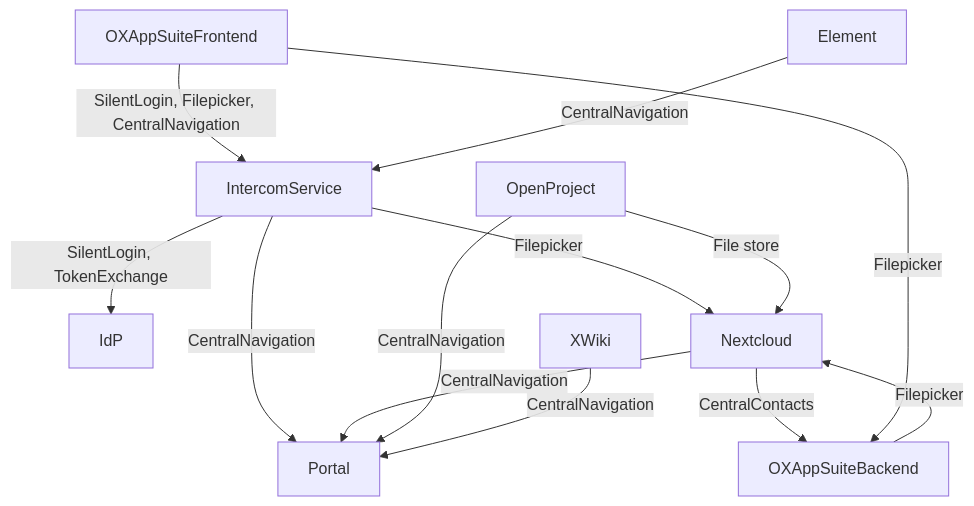
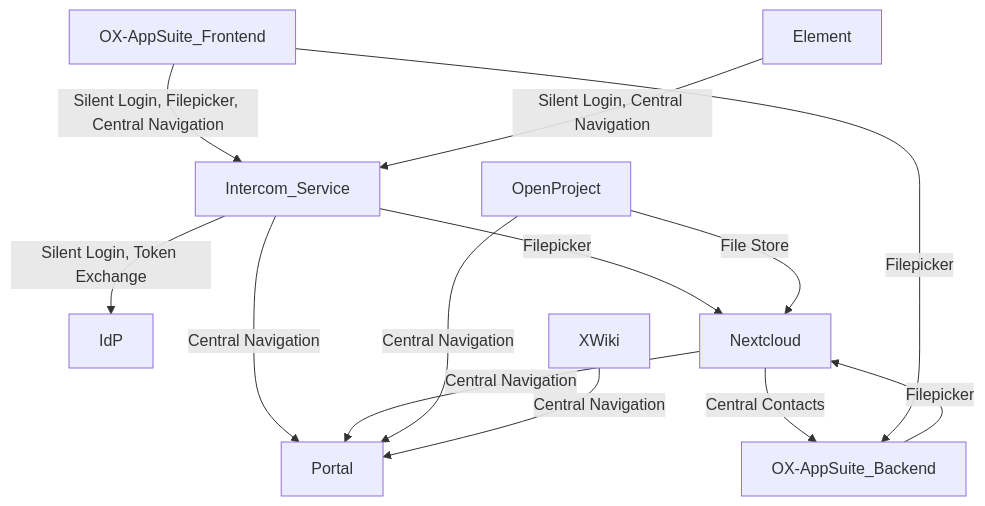
Before and after one commit to tobias-weiss-ai-xr/opendesk-edu: the first of 2 diagrams in docs/components.md, drawn with Mermaid. The commit also changed other lines of this file and 1 other file, not shown here.

````diff
--- a/docs/components.md
+++ b/docs/components.md
@@ -57,15 +57,15 @@
 ```mermaid
 flowchart TD
-  OXAppSuiteFrontend-->|SilentLogin, Filepicker, CentralNavigation|IntercomService
-  Element-->|CentralNavigation|IntercomService
-  IntercomService-->|SilentLogin, TokenExchange|IdP
-  IntercomService-->|Filepicker|Nextcloud
-  IntercomService-->|CentralNavigation|Portal
-  OXAppSuiteBackend-->|Filepicker|Nextcloud
-  Nextcloud-->|CentralNavigation|Portal
-  OpenProject-->|CentralNavigation|Portal
-  OpenProject-->|File store|Nextcloud
-  XWiki-->|CentralNavigation|Portal
-  Nextcloud-->|CentralContacts|OXAppSuiteBackend
-  OXAppSuiteFrontend-->|Filepicker|OXAppSuiteBackend
+  OX-AppSuite_Frontend-->|Silent Login, Filepicker, Central Navigation|Intercom_Service
+  Element-->|Silent Login, Central Navigation|Intercom_Service
+  Intercom_Service-->|Silent Login, Token Exchange|IdP
+  Intercom_Service-->|Filepicker|Nextcloud
+  Intercom_Service-->|Central Navigation|Portal
+  OX-AppSuite_Backend-->|Filepicker|Nextcloud
+  Nextcloud-->|Central Navigation|Portal
+  OpenProject-->|Central Navigation|Portal
+  OpenProject-->|File Store|Nextcloud
+  XWiki-->|Central Navigation|Portal
+  Nextcloud-->|Central Contacts|OX-AppSuite_Backend
+  OX-AppSuite_Frontend-->|Filepicker|OX-AppSuite_Backend
 ```
````
